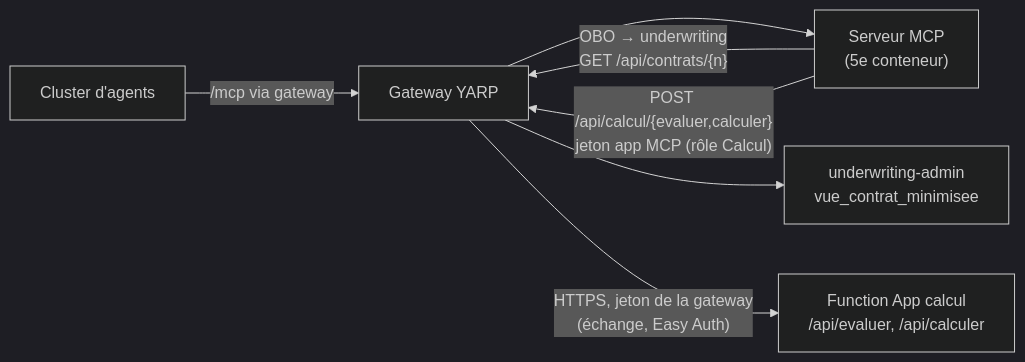
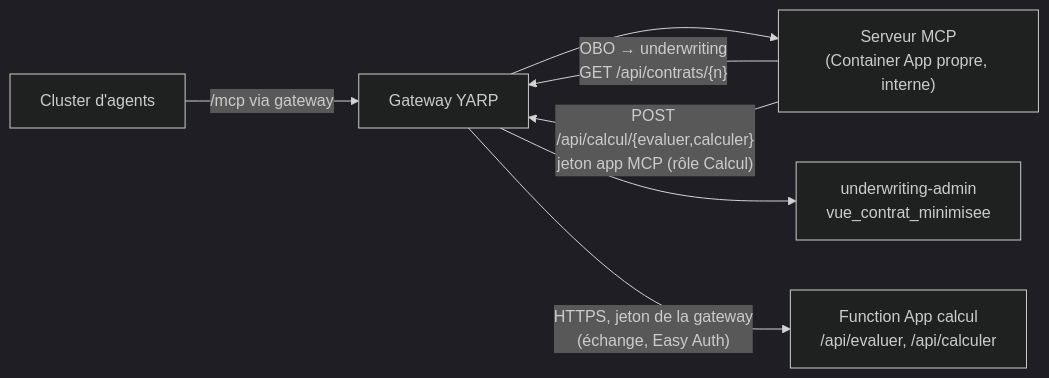
The diagram in docs/superpowers/specs/2026-10-22-calcul-risque-prime-design.md (acerolaz/agentinsurflow), drawn with Mermaid (dark theme) before and after one commit. The commit also changed other lines of this file and 6 other files, not shown here.

````diff
--- a/docs/superpowers/specs/2026-10-22-calcul-risque-prime-design.md
+++ b/docs/superpowers/specs/2026-10-22-calcul-risque-prime-design.md
@@ -37,9 +37,9 @@
 ```mermaid
 flowchart LR
     CL["Cluster d'agents"] -->|"/mcp via gateway"| GW["Gateway YARP"]
-    GW --> MCP["Serveur MCP<br/>(5e conteneur)"]
+    GW --> MCP["Serveur MCP<br/>(Container App propre, interne)"]
     MCP -->|"OBO → underwriting<br/>GET /api/contrats/{n}"| GW
     GW --> UW["underwriting-admin<br/>vue_contrat_minimisee"]
     MCP -->|"POST /api/calcul/{evaluer,calculer}<br/>jeton app MCP (rôle Calcul)"| GW
     GW -->|"HTTPS, jeton de la gateway<br/>(échange, Easy Auth)"| FN["Function App calcul<br/>/api/evaluer, /api/calculer"]
 ```
````
